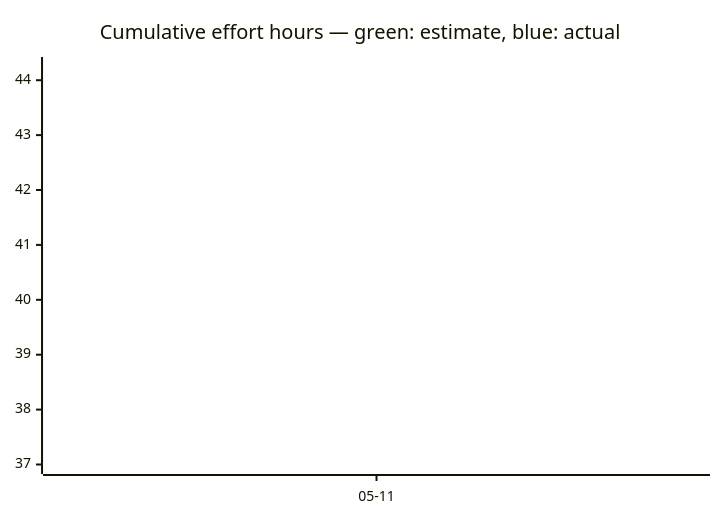
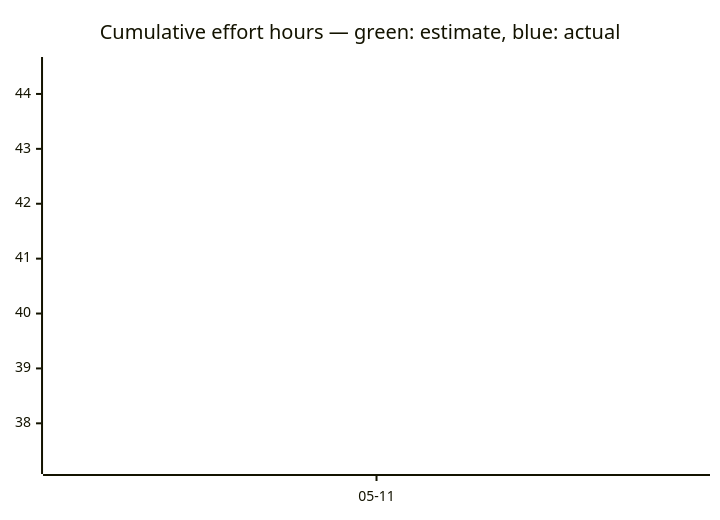
One commit to tgd1975/AwesomeGuitarPedal changed the third of 3 diagrams in docs/developers/tasks/OVERVIEW.md. Above: the diagram before and after it, drawn with Mermaid. The commit also changed other lines of this file and 2 other files, not shown here.

Commit message:
archive IDEA-065: Raspberry Pi Zero W support

````diff
--- a/docs/developers/tasks/OVERVIEW.md
+++ b/docs/developers/tasks/OVERVIEW.md
@@ -40,7 +40,7 @@
 ```mermaid
 xychart-beta
     title "Cumulative effort hours — green: estimate, blue: actual"
     x-axis ["05-11"]
-    line [37]
-    line [44.25]
+    line [37.25]
+    line [44.5]
 ```
````
